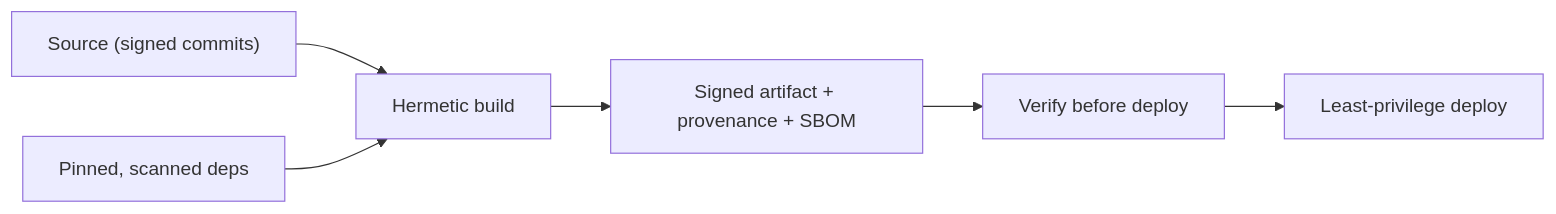
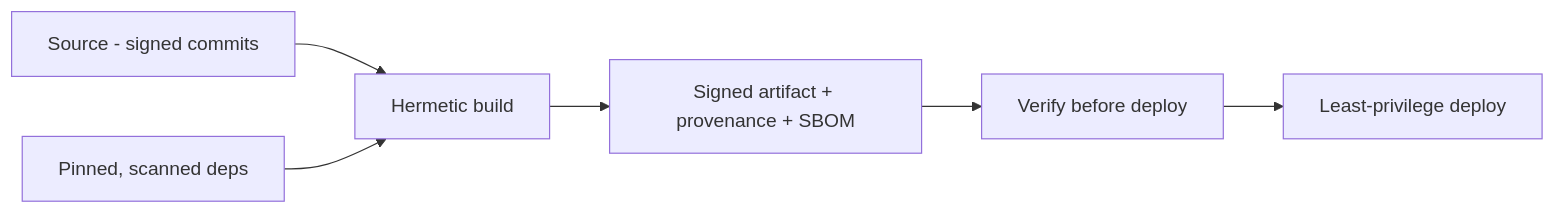
The diagram in docs/07-security/06-supply-chain-security.md (RIT-MESH/system-design-mastery), drawn with Mermaid before and after one commit. The commit also changed 139 other files, not shown here.

First line of the commit message:
Fix Mermaid parse errors: replace parentheses in node labels across 140 files

````diff
--- a/docs/07-security/06-supply-chain-security.md
+++ b/docs/07-security/06-supply-chain-security.md
@@ -29,9 +29,9 @@
 ```mermaid
 %% created-for: system-design-mastery
 flowchart LR
-  Src["Source (signed commits)"] --> Build["Hermetic build"]
+  Src["Source - signed commits"] --> Build["Hermetic build"]
   Build --> Art["Signed artifact + provenance + SBOM"]
   Art --> Verify["Verify before deploy"]
   Verify --> Deploy["Least-privilege deploy"]
   Deps["Pinned, scanned deps"] --> Build
 ```
````
